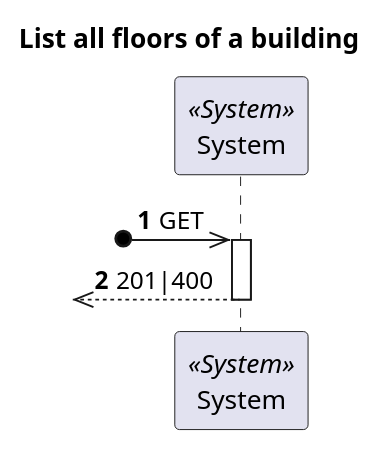
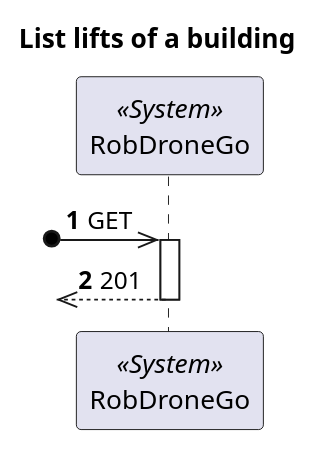
The diagram in docs/Vista Processo/US290/ProcessView_Level1_US290.puml (1210910/lapr5), drawn with PlantUML before and after one commit. The commit also changed 3 other files, not shown here.

```diff
--- a/docs/Vista Processo/US290/ProcessView_Level1_US290.puml
+++ b/docs/Vista Processo/US290/ProcessView_Level1_US290.puml
@@ -1,16 +1,16 @@
 @startuml
 'https://plantuml.com/sequence-diagram
 
 autonumber
 skinparam packageStyle rect
 
-title List all floors of a building
+title List lifts of a building
 
-participant "System" as Sys <<System>>
+participant "RobDroneGo" as Sys <<System>>
 
 ?o->> Sys : GET
 
 activate Sys
-?o<<-- Sys : 201|400
+?o<<-- Sys : 201
 deactivate Sys
 @enduml
```
